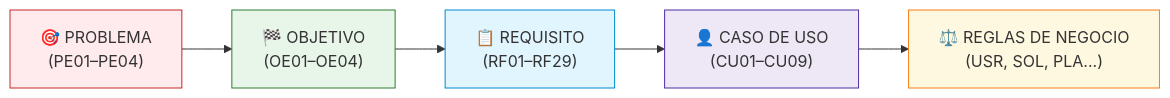
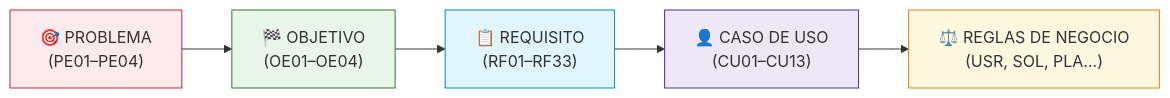
The diagram in docs/02-requisitos/trazabilidad.md (iJosueeh/chaski-app), drawn with Mermaid before and after one commit. The commit also changed other lines of this file and 12 other files, not shown here.

````diff
--- a/docs/02-requisitos/trazabilidad.md
+++ b/docs/02-requisitos/trazabilidad.md
@@ -16,13 +16,13 @@
 ```mermaid
 flowchart LR
     P["🎯 PROBLEMA\n(PE01–PE04)"] --> O["🏁 OBJETIVO\n(OE01–OE04)"]
-    O --> RF["📋 REQUISITO\n(RF01–RF29)"]
-    RF --> CU["👤 CASO DE USO\n(CU01–CU09)"]
+    O --> RF["📋 REQUISITO\n(RF01–RF33)"]
+    RF --> CU["👤 CASO DE USO\n(CU01–CU13)"]
     CU --> RN["⚖️ REGLAS DE NEGOCIO\n(USR, SOL, PLA...)"]
 
     style P fill:#FFEBEE,stroke:#C62828
     style O fill:#E8F5E9,stroke:#2E7D32
     style RF fill:#E1F5FE,stroke:#0288D1
     style CU fill:#EDE7F6,stroke:#512DA8
     style RN fill:#FFF8E1,stroke:#F57F17
 ```
````
